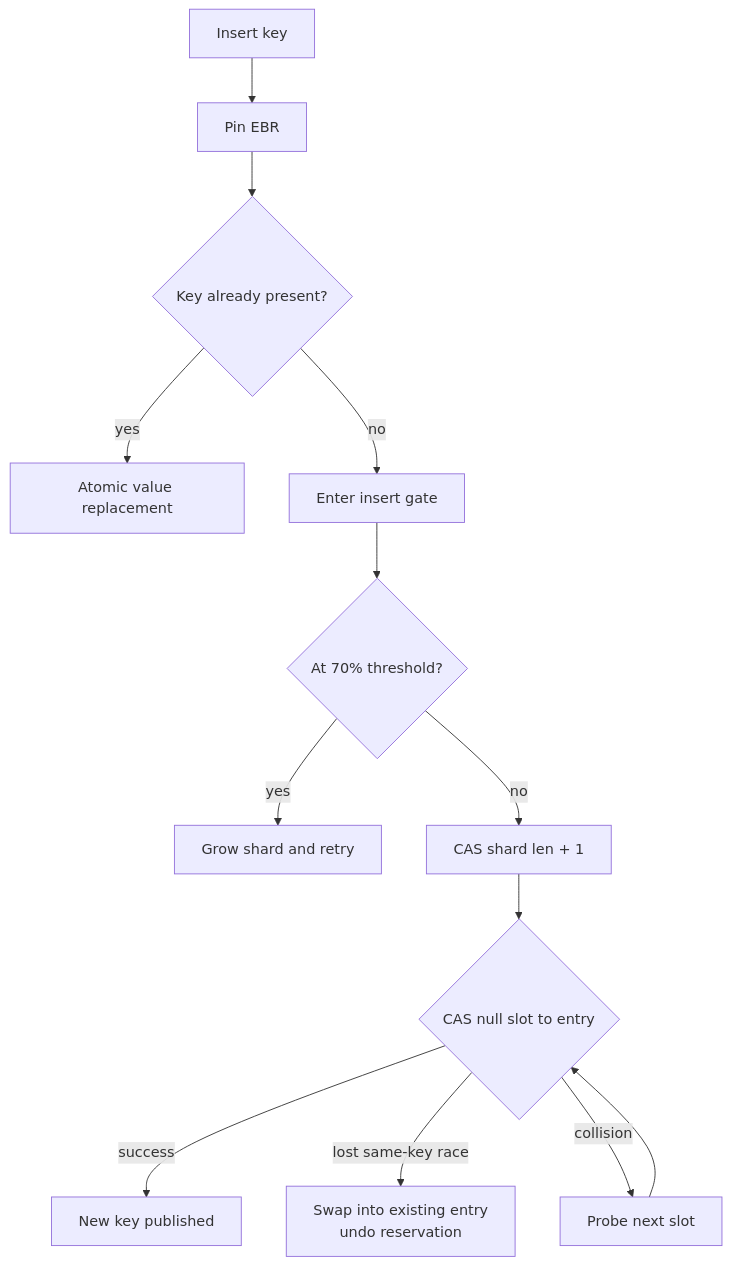
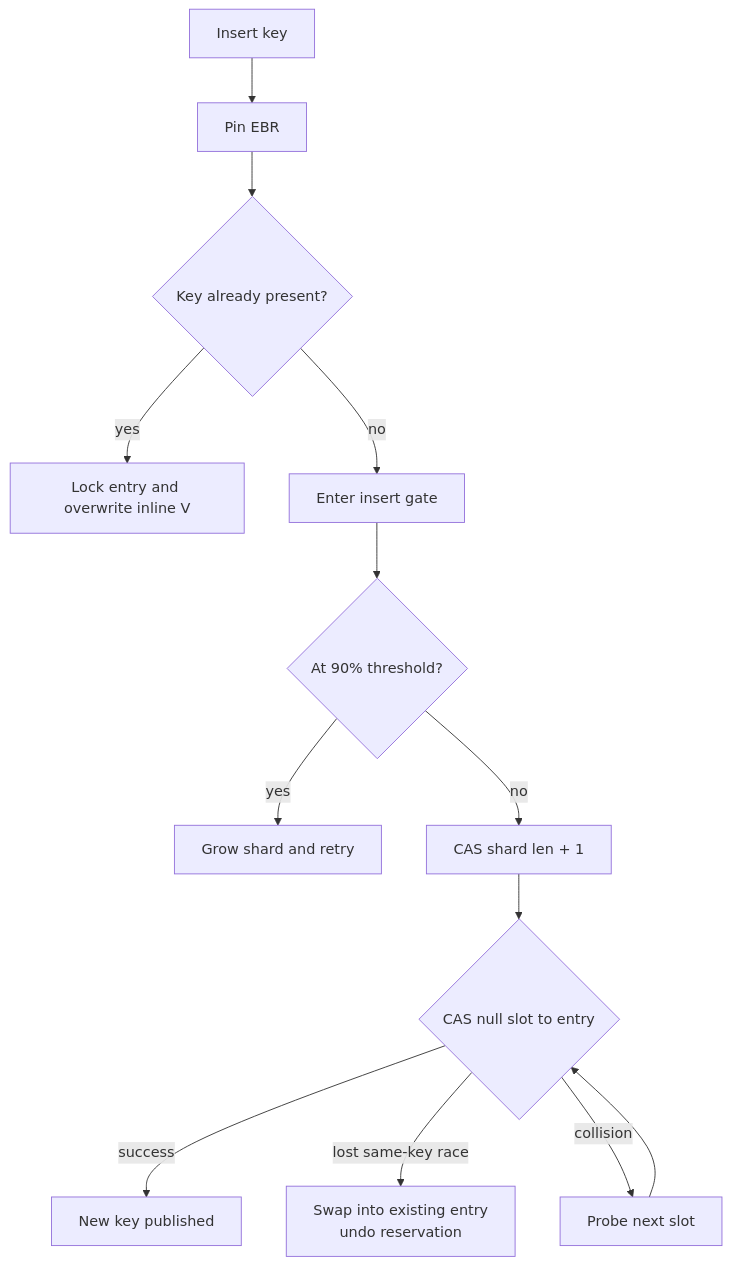
Before and after one commit to Rana718/portfolio: diagram 11 of 16 in src/content/blogs/custom-concurrent-hashmap-rust.mdx, drawn with Mermaid. The commit also changed other lines of this file, not shown here.

````diff
--- a/src/content/blogs/custom-concurrent-hashmap-rust.mdx
+++ b/src/content/blogs/custom-concurrent-hashmap-rust.mdx
@@ -441,15 +430,15 @@
 ```mermaid
 flowchart TD
     START["Insert key"] --> PIN["Pin EBR"]
     PIN --> FIND{"Key already present?"}
-    FIND -->|yes| REPLACE["Atomic value replacement"]
+    FIND -->|yes| REPLACE["Lock entry and overwrite inline V"]
     FIND -->|no| GATE["Enter insert gate"]
-    GATE --> LIMIT{"At 70% threshold?"}
+    GATE --> LIMIT{"At 90% threshold?"}
     LIMIT -->|yes| GROW["Grow shard and retry"]
     LIMIT -->|no| RESERVE["CAS shard len + 1"]
     RESERVE --> CLAIM{"CAS null slot to entry"}
     CLAIM -->|success| DONE["New key published"]
     CLAIM -->|lost same-key race| MERGE["Swap into existing entry<br/>undo reservation"]
     CLAIM -->|collision| PROBE["Probe next slot"]
     PROBE --> CLAIM
 ```
````
